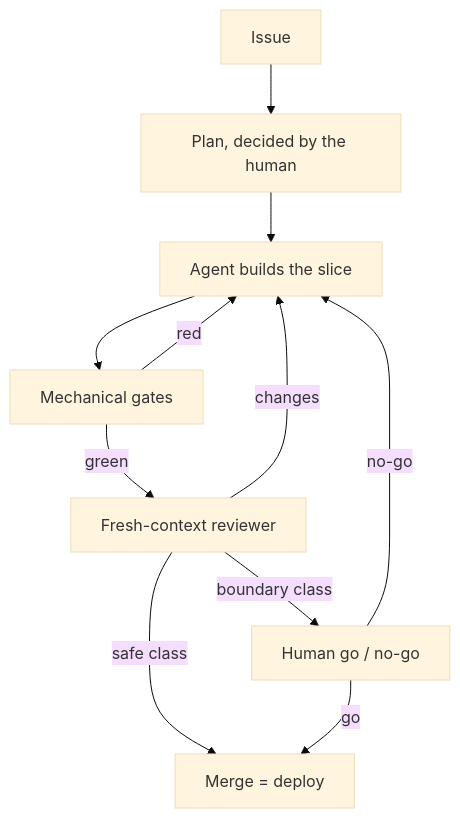
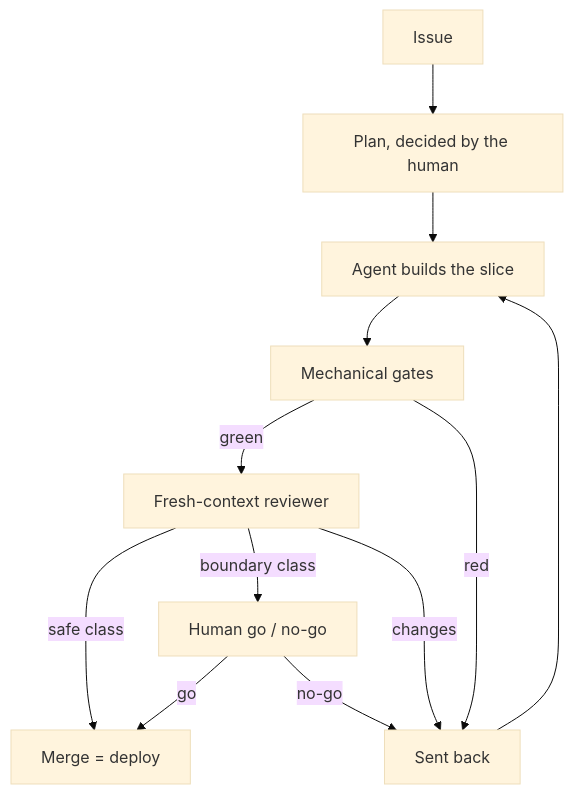
Before and after one commit to tedeuxx/tadeumendonca-io: the fifth of 6 diagrams in apps/fed/src/content/architecture.en.md, drawn with Mermaid (base theme). The commit also changed other lines of this file and 12 other files, not shown here.

````diff
--- a/apps/fed/src/content/architecture.en.md
+++ b/apps/fed/src/content/architecture.en.md
@@ -205,15 +317,16 @@
 ```mermaid
 flowchart TD
   accTitle: Where the human sits in the loop
-  accDescr: An issue becomes a plan the human aligns on before any code is written. The agent builds the slice and runs the mechanical gates, which loop back on red. A fresh-context reviewer then judges the change and can send it back. Safe-class work it merges itself, and the merge is the deploy. Boundary-class work — infrastructure, the loop's own rules, publishing an article — routes to a human go or no-go, which is the last thing before production and can also return the work.
+  accDescr: An issue becomes a plan the human aligns on before any code is written. The agent builds the slice and runs the mechanical gates. A fresh-context reviewer then judges the change. Safe-class work it merges itself, and the merge is the deploy. Boundary-class work - infrastructure, the loop's own rules, publishing an article - routes to a human go or no-go, which is the last thing before production. The three points that can refuse - the gates on red, the reviewer asking for changes, and the human on a no-go - all feed one box, sent back, and it is that box which returns to the build. One return channel, not three.
   I["Issue"] --> P["Plan, decided by the human"]
   P --> B["Agent builds the slice"]
   B --> G["Mechanical gates"]
-  G -- "red" --> B
   G -- "green" --> R["Fresh-context reviewer"]
-  R -- "changes" --> B
   R -- "safe class" --> M["Merge = deploy"]
   R -- "boundary class" --> H["Human go / no-go"]
   H -- "go" --> M
-  H -- "no-go" --> B
+  G -- "red" --> V["Sent back"]
+  R -- "changes" --> V
+  H -- "no-go" --> V
+  V --> B
 ```
````
